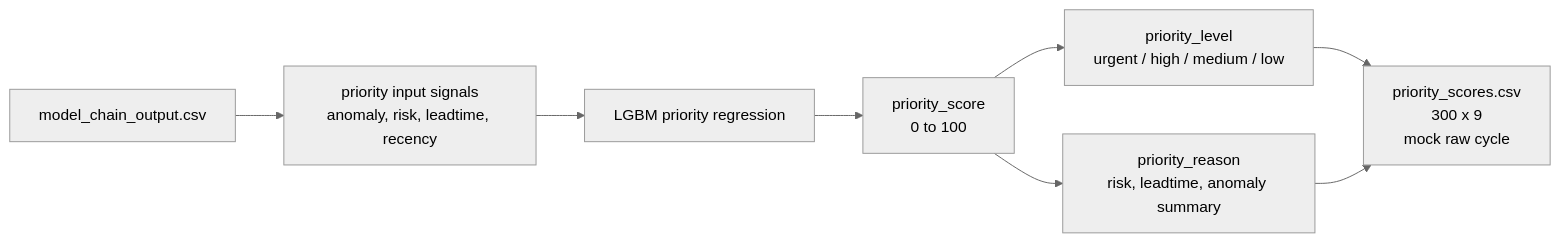
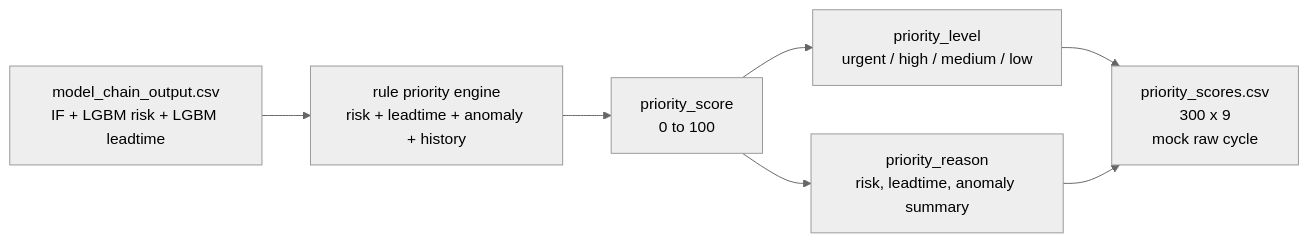
One commit to jiyang-lee/Heat_Grid_Agent changed the diagram in docs/report/proto/04_priority.md. Above: the diagram before and after it, drawn with Mermaid (neutral theme). The commit also changed other lines of this file and 20 other files, not shown here.

````diff
--- a/docs/report/proto/04_priority.md
+++ b/docs/report/proto/04_priority.md
@@ -63,10 +58,9 @@
 ```mermaid
 flowchart LR
-  CHAIN["model_chain_output.csv"] --> F7["priority input signals<br/>anomaly, risk, leadtime, recency"]
-  F7 --> LGBM["LGBM priority regression"]
-  LGBM --> SCORE["priority_score<br/>0 to 100"]
+  CHAIN["model_chain_output.csv<br/>IF + LGBM risk + LGBM leadtime"] --> RULE["rule priority engine<br/>risk + leadtime + anomaly + history"]
+  RULE --> SCORE["priority_score<br/>0 to 100"]
   SCORE --> LEVEL["priority_level<br/>urgent / high / medium / low"]
   SCORE --> REASON["priority_reason<br/>risk, leadtime, anomaly summary"]
   LEVEL --> CSV["priority_scores.csv<br/>300 x 9<br/>mock raw cycle"]
   REASON --> CSV
 ```
````
